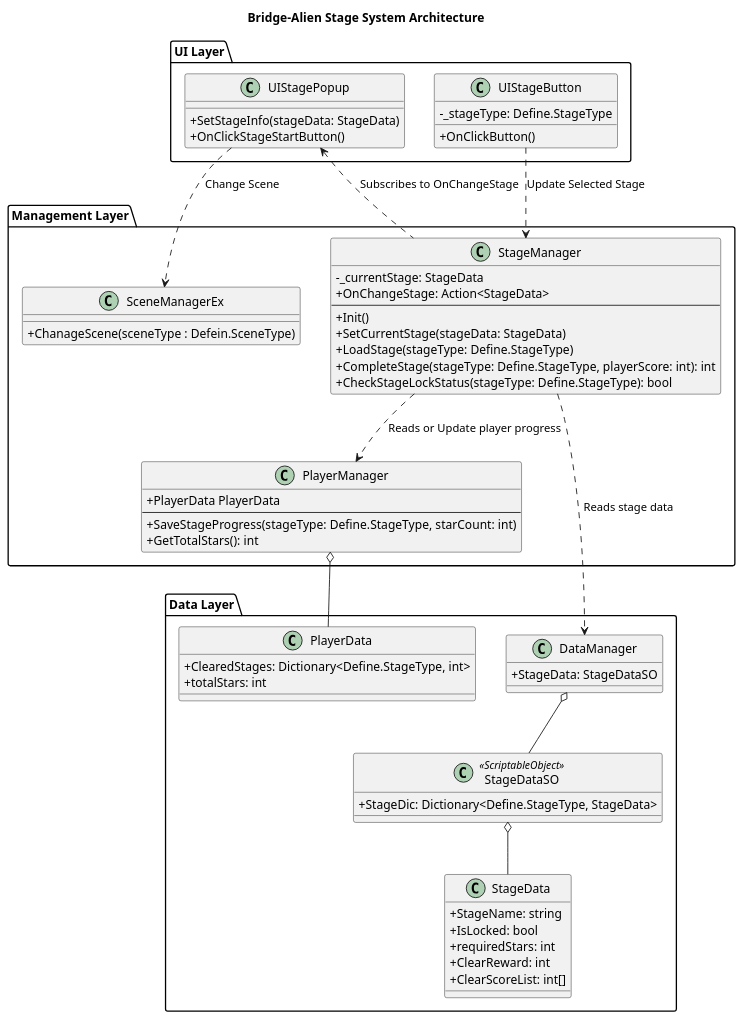
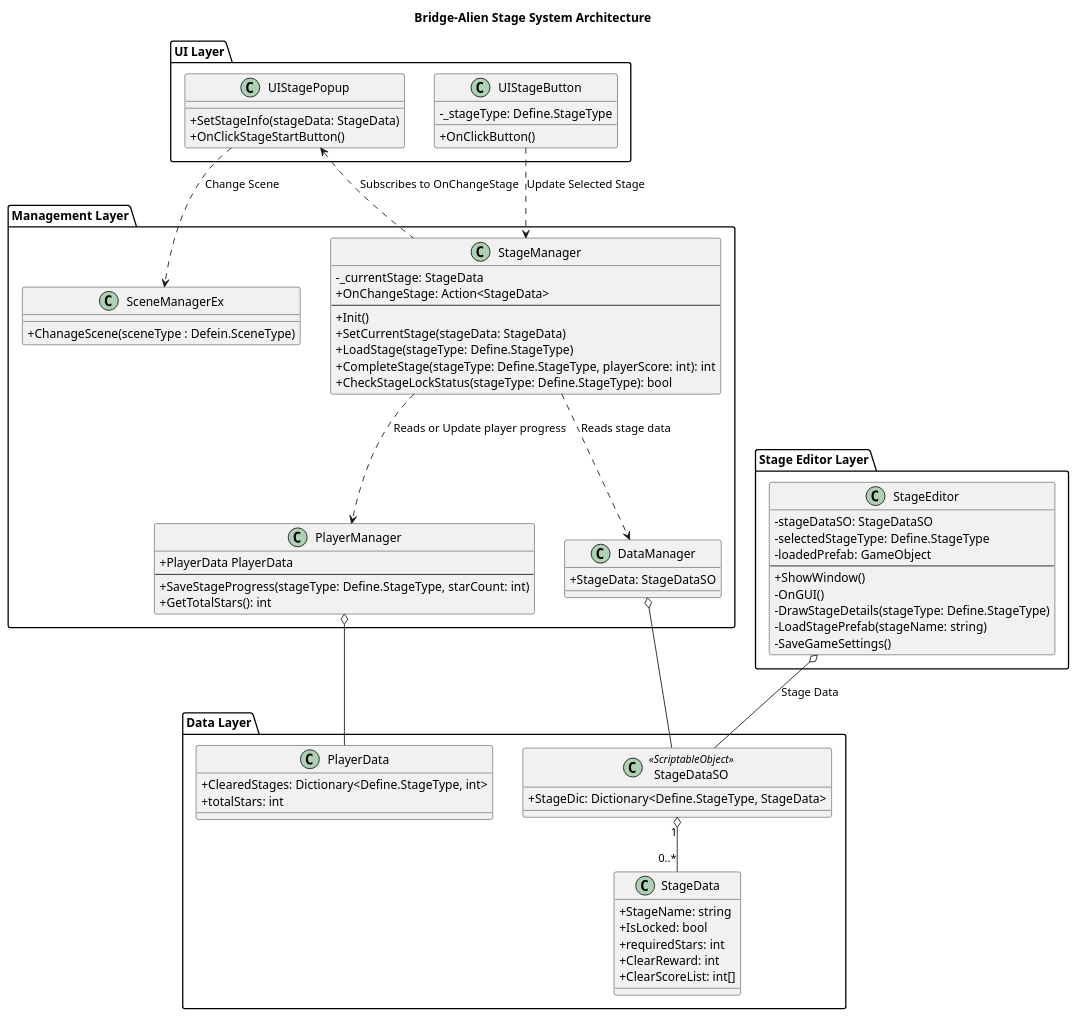
The diagram in StageDiagram.puml (dltnghks/Bridge-Alien), drawn with PlantUML before and after one commit. The commit also changed 36 other files, not shown here.

First line of the commit message:
Feat: StageEditor 윈도우 구현

```diff
--- a/StageDiagram.puml
+++ b/StageDiagram.puml
@@ -1,85 +1,102 @@
 @startuml
 title Bridge-Alien Stage System Architecture
 
 skinparam classAttributeIconSize 0
 
 package "UI Layer" {
 
     class UIStagePopup {
         + SetStageInfo(stageData: StageData)
         + OnClickStageStartButton()
     }
 
     class UIStageButton {
         - _stageType: Define.StageType
         + OnClickButton()
     }
 }
 
 package "Management Layer" {
     class SceneManagerEx {
         + ChanageScene(sceneType : Defein.SceneType)
     }
 
     class StageManager {
         - _currentStage: StageData
         + OnChangeStage: Action<StageData>
         --
         + Init()
         + SetCurrentStage(stageData: StageData)
         + LoadStage(stageType: Define.StageType)
         + CompleteStage(stageType: Define.StageType, playerScore: int): int
         + CheckStageLockStatus(stageType: Define.StageType): bool
     }
 
     class PlayerManager {
         + PlayerData PlayerData
         --
         + SaveStageProgress(stageType: Define.StageType, starCount: int)
         + GetTotalStars(): int
     }
+    
+    class DataManager {
+      + StageData: StageDataSO
+    }
 }
 
 package "Data Layer" {
     class PlayerData {
         + ClearedStages: Dictionary<Define.StageType, int>
         + totalStars: int
     }
 
     class StageDataSO <<ScriptableObject>> {
         + StageDic: Dictionary<Define.StageType, StageData>
     }
 
     class StageData {
         + StageName: string
         + IsLocked: bool
         + requiredStars: int
         + ClearReward: int
         + ClearScoreList: int[]
     }
-    
-    class DataManager {
-      + StageData: StageDataSO
+}
+
+package "Stage Editor Layer"{
+    class StageEditor{
+        - stageDataSO: StageDataSO
+        - selectedStageType: Define.StageType
+        - loadedPrefab: GameObject
+        --
+        + ShowWindow()
+        - OnGUI()
+        - DrawStageDetails(stageType: Define.StageType)
+        - LoadStagePrefab(stageName: string)
+        - SaveGameSettings()
     }
 }
 
 ' --- Relationships ---
 
 ' Data Dependencies
 PlayerManager o-- PlayerData
 DataManager o-- StageDataSO
-StageDataSO o-- StageData
+StageDataSO "1" o-- "0..*" StageData
 
 ' Inter-Manager Dependencies
 ' StageManager needs data from other managers
 StageManager ..> DataManager : Reads stage data
 StageManager ..> PlayerManager : Reads or Update player progress
 
 ' UI to Manager Dependencies
 UIStagePopup ..> SceneManagerEx : Change Scene
 UIStageButton ..> StageManager : Update Selected Stage
 
 ' Event-based/Callback Dependencies
 UIStagePopup <.. StageManager : Subscribes to OnChangeStage
 
+' Stage Editor Dependecies
+StageEditor o-- StageDataSO : Stage Data
+
 @enduml
```
